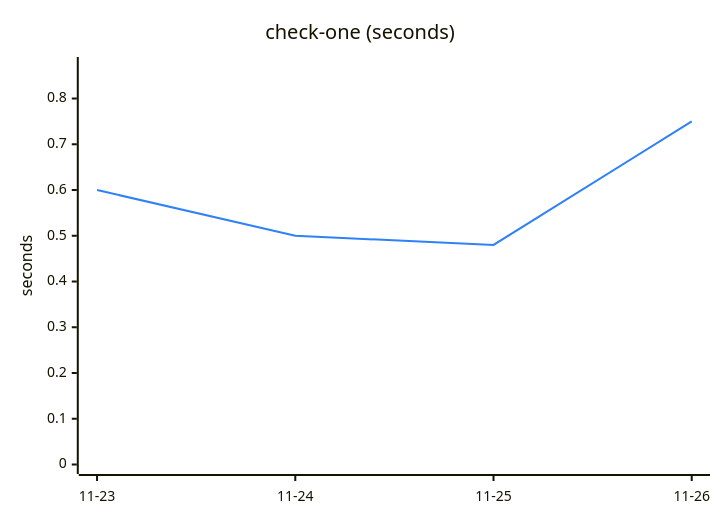
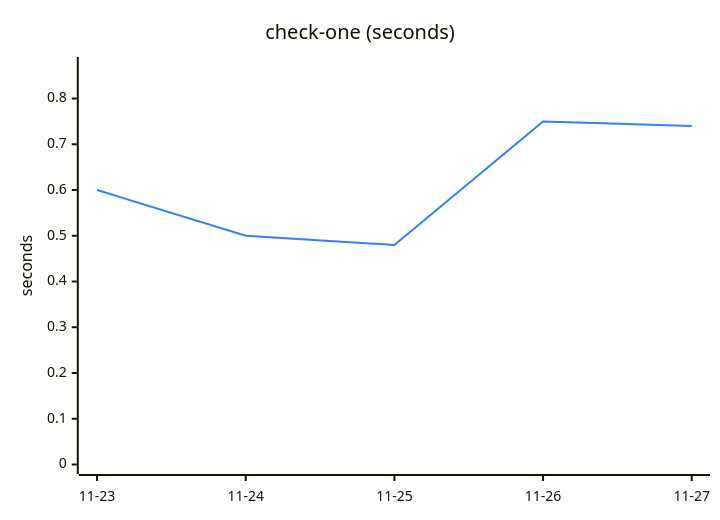
One commit to engalar/mxcli changed the fourth of 6 diagrams in TREND.md. Above: the diagram before and after it, drawn with Mermaid. The commit also changed other lines of this file and 2 other files, not shown here.

````diff
--- a/TREND.md
+++ b/TREND.md
@@ -97,13 +97,13 @@
 ```mermaid
 ---
 config:
   themeVariables:
     xyChart:
       plotColorPalette: "#2f81f7"
 ---
 xychart-beta
     title "check-one (seconds)"
-    x-axis ["11-23", "11-24", "11-25", "11-26"]
+    x-axis ["11-23", "11-24", "11-25", "11-26", "11-27"]
     y-axis "seconds" 0 --> 0.87
-    line [0.60, 0.50, 0.48, 0.75]
+    line [0.60, 0.50, 0.48, 0.75, 0.74]
 ```
````
